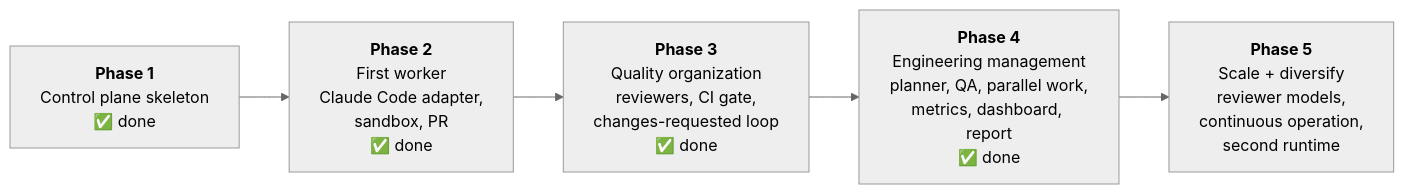
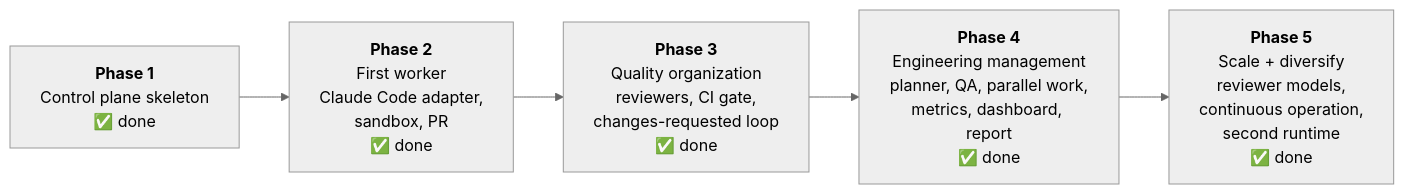
The fourth of 5 diagrams in docs/guide/01-big-picture.md (bharathcmbox/axiom), drawn with Mermaid (neutral theme) before and after one commit. The commit also changed 5 other files, not shown here.

````diff
--- a/docs/guide/01-big-picture.md
+++ b/docs/guide/01-big-picture.md
@@ -78,9 +78,9 @@
 ```mermaid
 flowchart LR
     p1["<b>Phase 1</b><br/>Control plane skeleton<br/>✅ done"]
     p2["<b>Phase 2</b><br/>First worker<br/>Claude Code adapter,<br/>sandbox, PR<br/>✅ done"]
     p3["<b>Phase 3</b><br/>Quality organization<br/>reviewers, CI gate,<br/>changes-requested loop<br/>✅ done"]
     p4["<b>Phase 4</b><br/>Engineering management<br/>planner, QA, parallel work,<br/>metrics, dashboard, report<br/>✅ done"]
-    p5["<b>Phase 5</b><br/>Scale + diversify<br/>reviewer models,<br/>continuous operation,<br/>second runtime"]
+    p5["<b>Phase 5</b><br/>Scale + diversify<br/>reviewer models,<br/>continuous operation,<br/>second runtime<br/>✅ done"]
     p1 --> p2 --> p3 --> p4 --> p5
 ```
````
